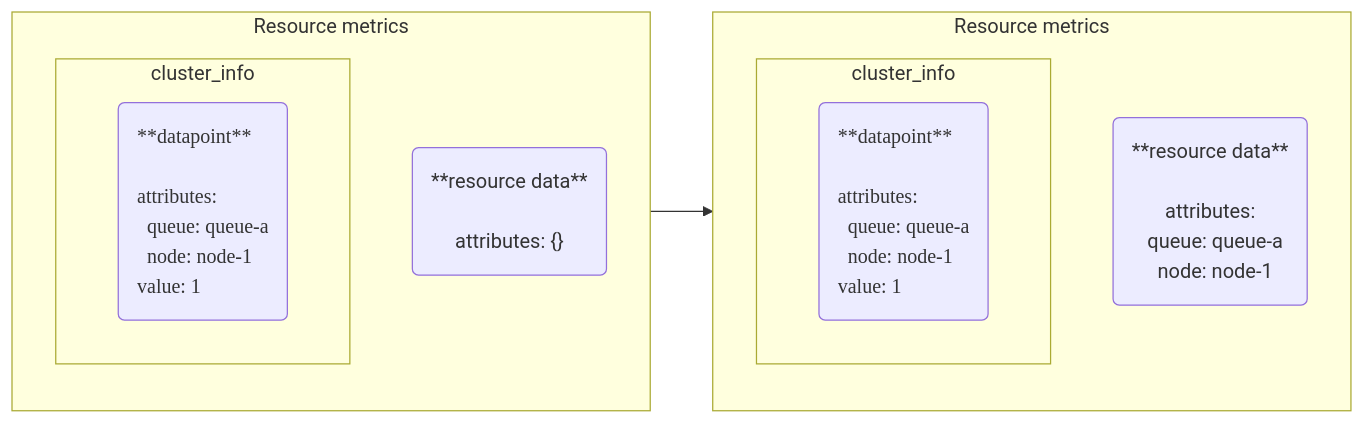
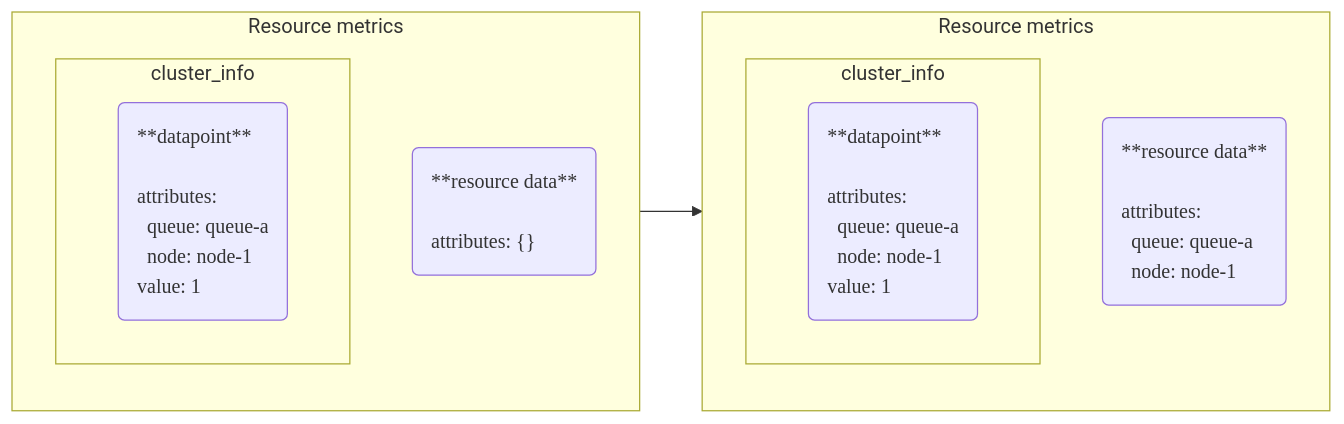
The diagram in diagram/prom-2-resource-attrs.mmd (evan-bradley/ottl-cookbook), drawn with Mermaid before and after one commit. The commit also changed 10 other files, not shown here.

```diff
--- a/diagram/prom-2-resource-attrs.mmd
+++ b/diagram/prom-2-resource-attrs.mmd
@@ -1,37 +1,37 @@
 flowchart LR
     classDef data font-family: Roboto Mono, text-align: left;
 
     subgraph before ["Resource metrics"]
         subgraph metric0 ["cluster_info"]
         m0-dp0(**datapoint**
             &nbsp;
             attributes:
             &nbsp;&nbsp;queue: queue-a
             &nbsp;&nbsp;node: node-1
             value: 1
         ):::data
         end
         r0("**resource data**
             &nbsp;
             attributes: {}
-        ")
+        "):::data
     end
 
     subgraph after ["Resource metrics"]
         subgraph metric1 ["cluster_info"]
         m1-dp0(**datapoint**
             &nbsp;
             attributes:
             &nbsp;&nbsp;queue: queue-a
             &nbsp;&nbsp;node: node-1
             value: 1
         ):::data
         end
         r1("**resource data**
             &nbsp;
             attributes:
             &nbsp;&nbsp;queue: queue-a
             &nbsp;&nbsp;node: node-1
-        ")
+        "):::data
     end
     before --> after
```
